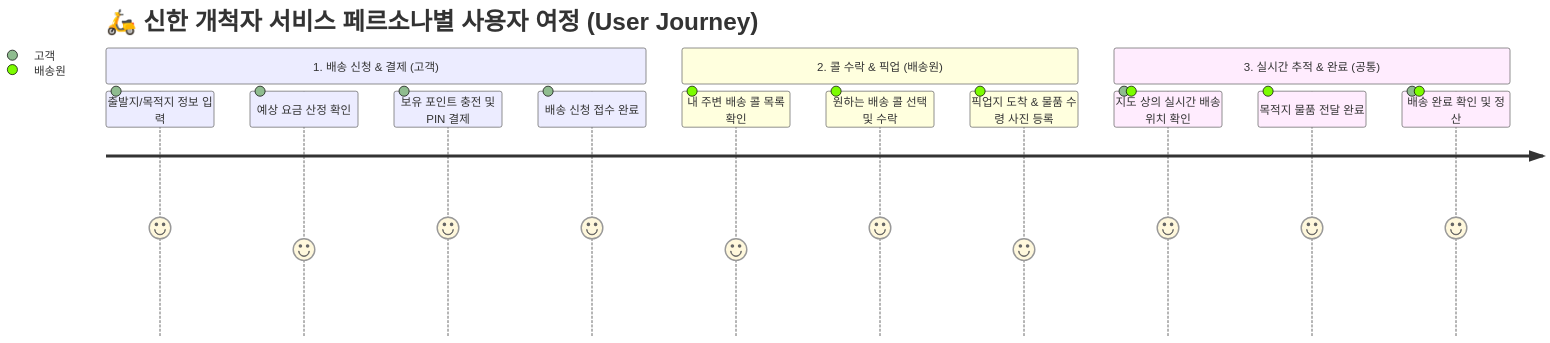
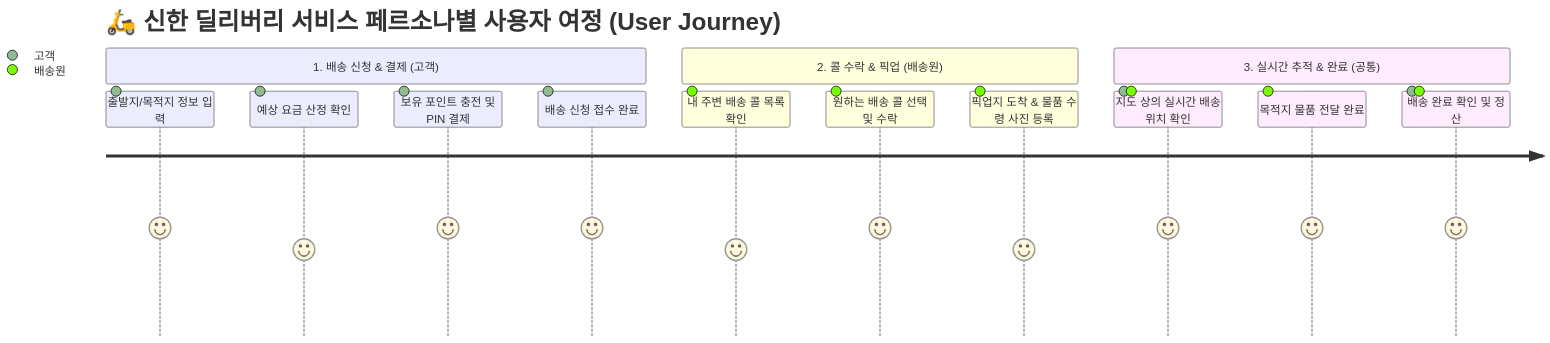
The second of 3 diagrams in docs/전체-유저-플로우-가이드.md (ShinhanDSProject/shinhan-delivery), drawn with Mermaid before and after one commit. The commit also changed other lines of this file and 8 other files, not shown here.

Commit message:
fix: 서비스 브랜드명 '신한 딜리버리' 표준 명칭 전수 교정

````diff
--- a/docs/전체-유저-플로우-가이드.md
+++ b/docs/전체-유저-플로우-가이드.md
@@ -110,17 +110,17 @@
 ```mermaid
 journey
-    title 🛵 신한 개척자 서비스 페르소나별 사용자 여정 (User Journey)
+    title 🛵 신한 딜리버리 서비스 페르소나별 사용자 여정 (User Journey)
     section 1. 배송 신청 & 결제 (고객)
       출발지/목적지 정보 입력: 5: 고객
       예상 요금 산정 확인: 4: 고객
       보유 포인트 충전 및 PIN 결제: 5: 고객
       배송 신청 접수 완료: 5: 고객
     section 2. 콜 수락 & 픽업 (배송원)
       내 주변 배송 콜 목록 확인: 4: 배송원
       원하는 배송 콜 선택 및 수락: 5: 배송원
       픽업지 도착 & 물품 수령 사진 등록: 4: 배송원
     section 3. 실시간 추적 & 완료 (공통)
       지도 상의 실시간 배송 위치 확인: 5: 고객, 배송원
       목적지 물품 전달 완료: 5: 배송원
       배송 완료 확인 및 정산: 5: 고객, 배송원
 ```
````
